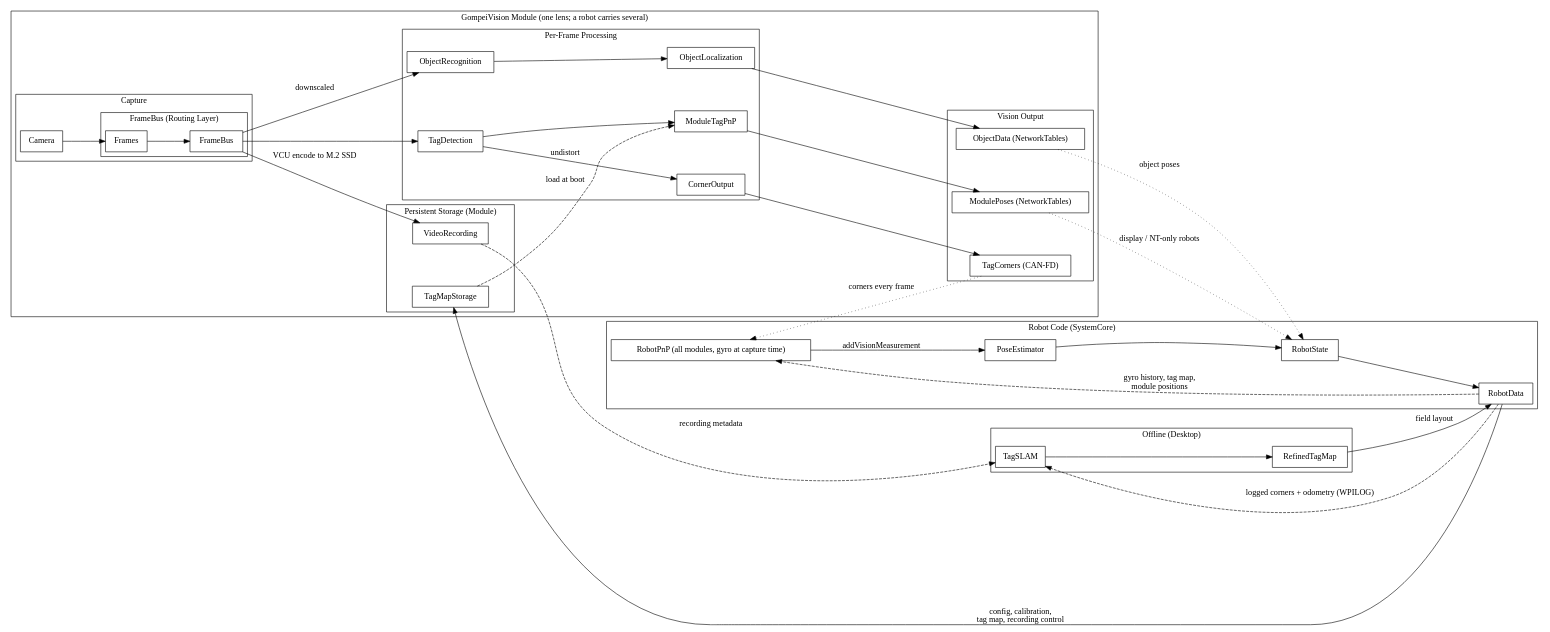
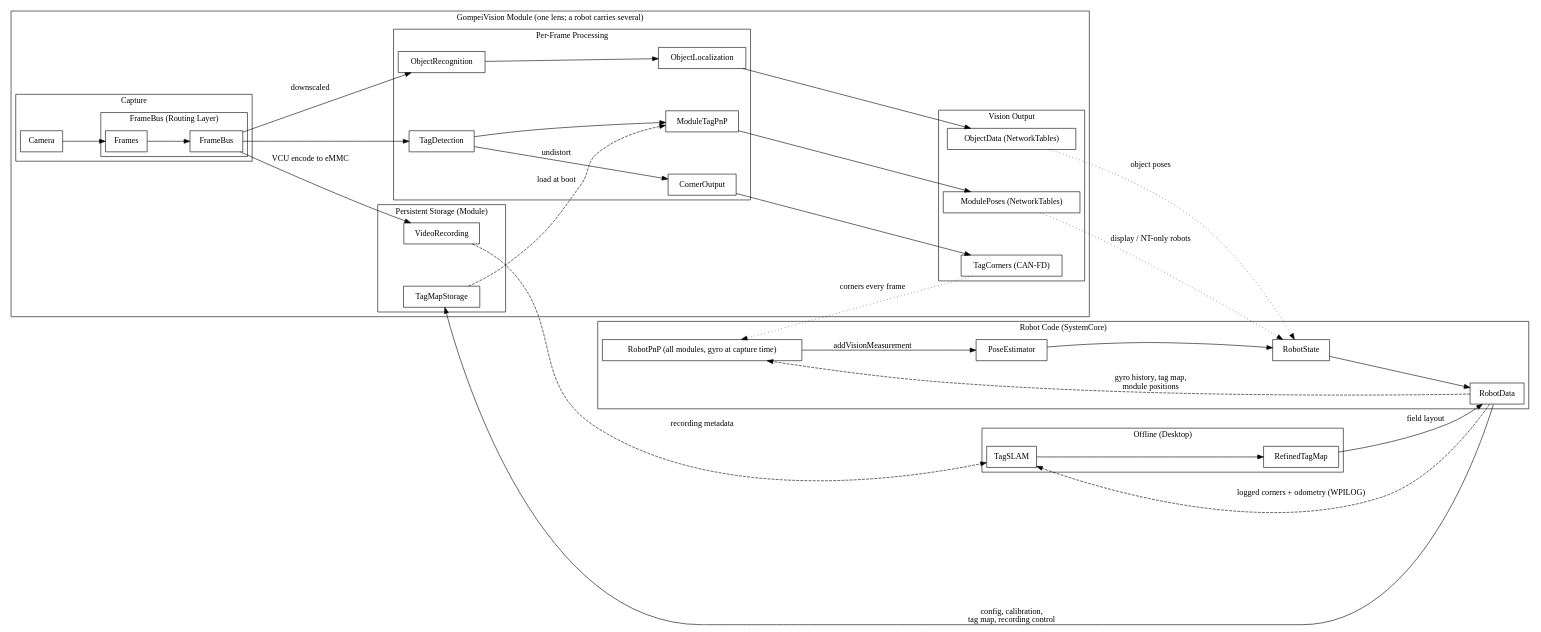
The diagram in GompeiVisionStructureDiagram.dot (ElliotScher/GompeiVision), drawn with Graphviz before and after one commit. The commit also changed 52 other files, not shown here.

```diff
--- a/GompeiVisionStructureDiagram.dot
+++ b/GompeiVisionStructureDiagram.dot
@@ -1,133 +1,133 @@
 digraph GompeiVisionStructureDiagram {
     compound=true;
     graph
         [splines=spline
         nodesep=1.0,
         ranksep=1.0
     ];
     node [shape=box];
     rankdir=LR;
 
     subgraph cluster0 {
         label = "GompeiVision Module (one lens; a robot carries several)";
 
         subgraph cluster1 {
             label = "Capture";
 
             Camera;
             Frames;
 
             Camera -> Frames;
 
             subgraph cluster_framebus {
                 label = "FrameBus (Routing Layer)";
 
                 FrameBus;
 
                 Frames -> FrameBus;
             }
         }
 
         subgraph cluster2 {
             label = "Per-Frame Processing";
 
             TagDetection;
             CornerOutput;
             ModuleTagPnP;
 
             ObjectRecognition;
             ObjectLocalization;
 
             FrameBus -> TagDetection;
             TagDetection -> CornerOutput [label="undistort"];
             TagDetection -> ModuleTagPnP;
 
             FrameBus -> ObjectRecognition [label="downscaled"];
             ObjectRecognition -> ObjectLocalization;
         }
 
         subgraph cluster5 {
             label = "Vision Output";
 
             TagCorners [label="TagCorners (CAN-FD)"];
             ModulePoses [label="ModulePoses (NetworkTables)"];
             ObjectData [label="ObjectData (NetworkTables)"];
 
             CornerOutput -> TagCorners;
             ModuleTagPnP -> ModulePoses;
             ObjectLocalization -> ObjectData;
         }
 
         subgraph cluster6 {
             label = "Persistent Storage (Module)";
 
             TagMapStorage;
             VideoRecording;
 
             FrameBus -> VideoRecording [
-                label="VCU encode to M.2 SSD"
+                label="VCU encode to eMMC"
             ];
         }
     }
 
     subgraph cluster7 {
         label = "Robot Code (SystemCore)";
 
         RobotPnP [label="RobotPnP (all modules, gyro at capture time)"];
         PoseEstimator;
         RobotState;
         RobotData;
 
         RobotPnP -> PoseEstimator [label="addVisionMeasurement"];
         PoseEstimator -> RobotState;
         RobotState -> RobotData;
         RobotData -> RobotPnP [label="gyro history, tag map,\nmodule positions", style="dashed"];
     }
 
     subgraph cluster8 {
         label = "Offline (Desktop)";
 
         TagSLAM;
         RefinedTagMap;
 
         TagSLAM -> RefinedTagMap;
     }
 
     TagCorners -> RobotPnP [
         style="dotted",
         label="corners every frame"
     ];
 
     ModulePoses -> RobotState [
         style="dotted",
         label="display / NT-only robots"
     ];
 
     ObjectData -> RobotState [
         style="dotted",
         label="object poses"
     ];
 
     RobotData -> TagSLAM [
         style="dashed",
         label="logged corners + odometry (WPILOG)"
     ];
 
     VideoRecording -> TagSLAM [
         style="dashed",
         label="recording metadata"
     ];
 
     RefinedTagMap -> RobotData [
         label="field layout"
     ];
 
     RobotData -> TagMapStorage [
         label="config, calibration,\ntag map, recording control"
     ];
 
     TagMapStorage -> ModuleTagPnP [
         label="load at boot",
         style="dashed"
     ];
 }
```
